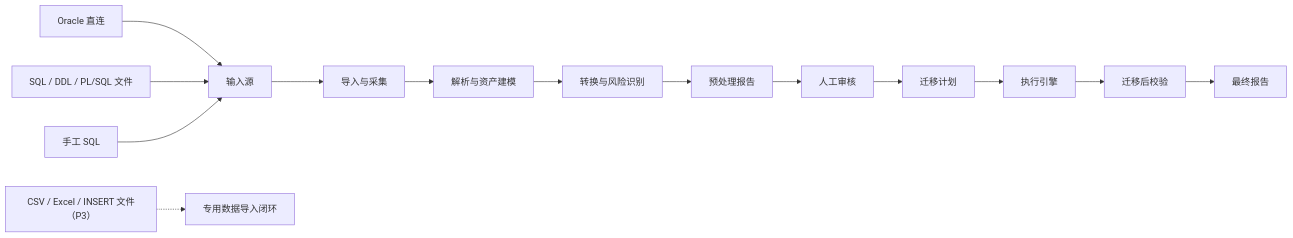
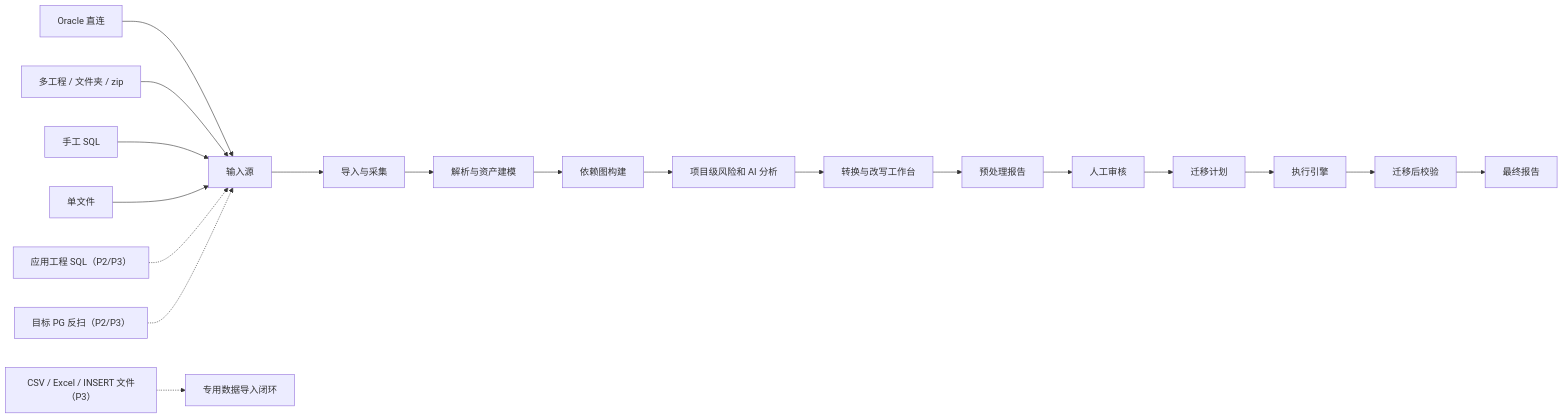
One commit to sainm/SchemaPilot changed the first of 11 diagrams in docs/design.md. Above: the diagram before and after it, drawn with Mermaid. The commit also changed other lines of this file and 489 other files, not shown here.

Commit message:
Implement modular SchemaPilot MVP

````diff
--- a/docs/design.md
+++ b/docs/design.md
@@ -90,17 +176,22 @@
 ```mermaid
 flowchart LR
   A["输入源"] --> B["导入与采集"]
   B --> C["解析与资产建模"]
-  C --> D["转换与风险识别"]
-  D --> E["预处理报告"]
-  E --> F["人工审核"]
-  F --> G["迁移计划"]
-  G --> H["执行引擎"]
-  H --> I["迁移后校验"]
-  I --> J["最终报告"]
+  C --> D["依赖图构建"]
+  D --> E["项目级风险和 AI 分析"]
+  E --> F["转换与改写工作台"]
+  F --> G["预处理报告"]
+  G --> H["人工审核"]
+  H --> I["迁移计划"]
+  I --> J["执行引擎"]
+  J --> K["迁移后校验"]
+  K --> L["最终报告"]
 
   A1["Oracle 直连"] --> A
-  A2["SQL / DDL / PL/SQL 文件"] --> A
+  A2["多工程 / 文件夹 / zip"] --> A
   A3["手工 SQL"] --> A
-  A4["CSV / Excel / INSERT 文件（P3）"] -.-> A5["专用数据导入闭环"]
+  A4["单文件"] --> A
+  A5["应用工程 SQL（P2/P3）"] -.-> A
+  A6["目标 PG 反扫（P2/P3）"] -.-> A
+  A7["CSV / Excel / INSERT 文件（P3）"] -.-> A8["专用数据导入闭环"]
 ```
````
